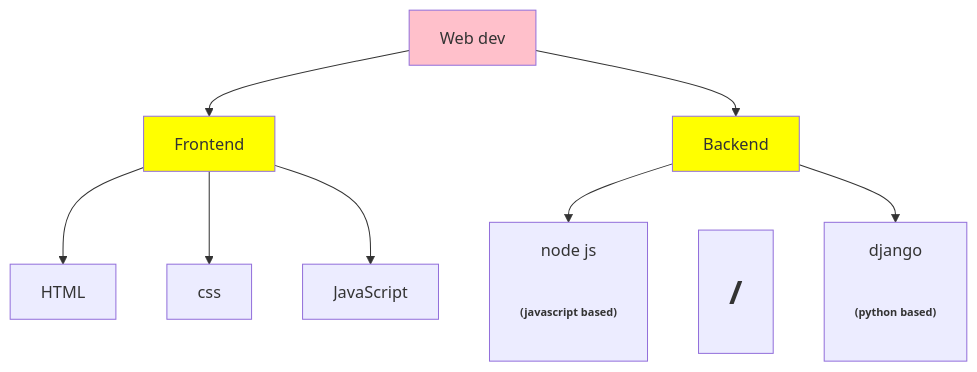
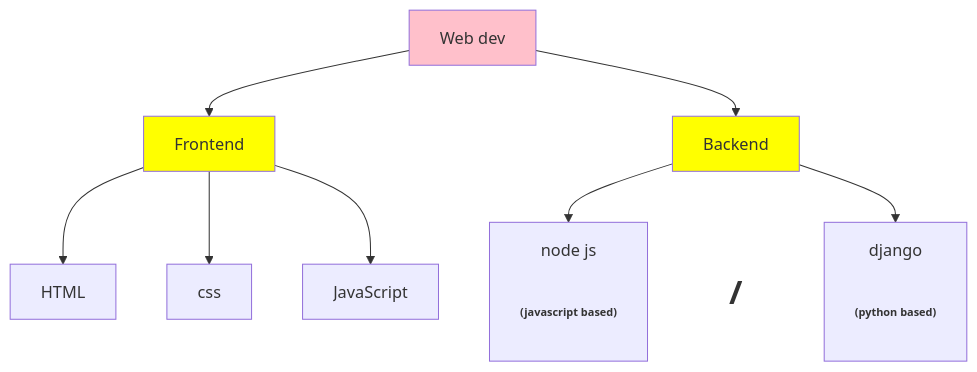
One commit to soumalya-mondal99/Roadmaps-basics changed the second of 2 diagrams in README.md. Above: the diagram before and after it, drawn with Mermaid.

````diff
--- a/README.md
+++ b/README.md
@@ -15,14 +15,14 @@
 ```mermaid
 flowchart TD;
   W1[Web dev]-->W2[Frontend];
   W1[Web dev]-->W3[Backend];
   W2-->HTML;
   W2-->css;
   W2-->JavaScript;
   W3-->W4["node js\n <h6><br>(javascript based)"];
   W3~~~W5["<h1>/"]
   W3-->W6["django\n <h6><br>(python based)"];
   style W1 fill:pink;
   style W2 fill:yellow; style W3 fill:yellow;
-  
+  style W5 fill:white,stroke:white;
 ```
````
